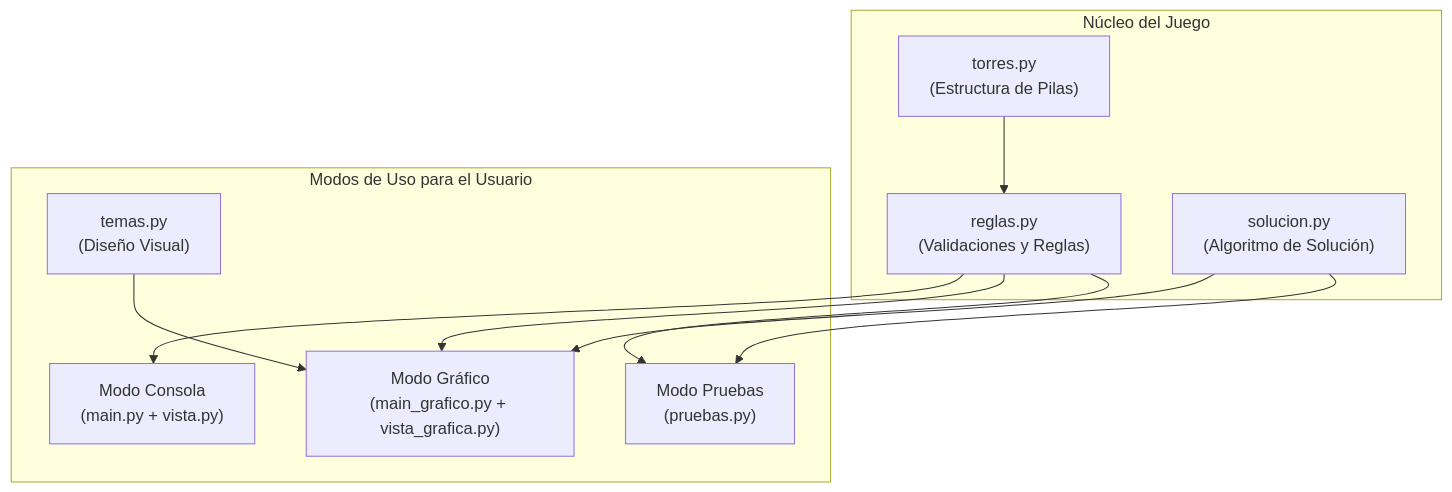
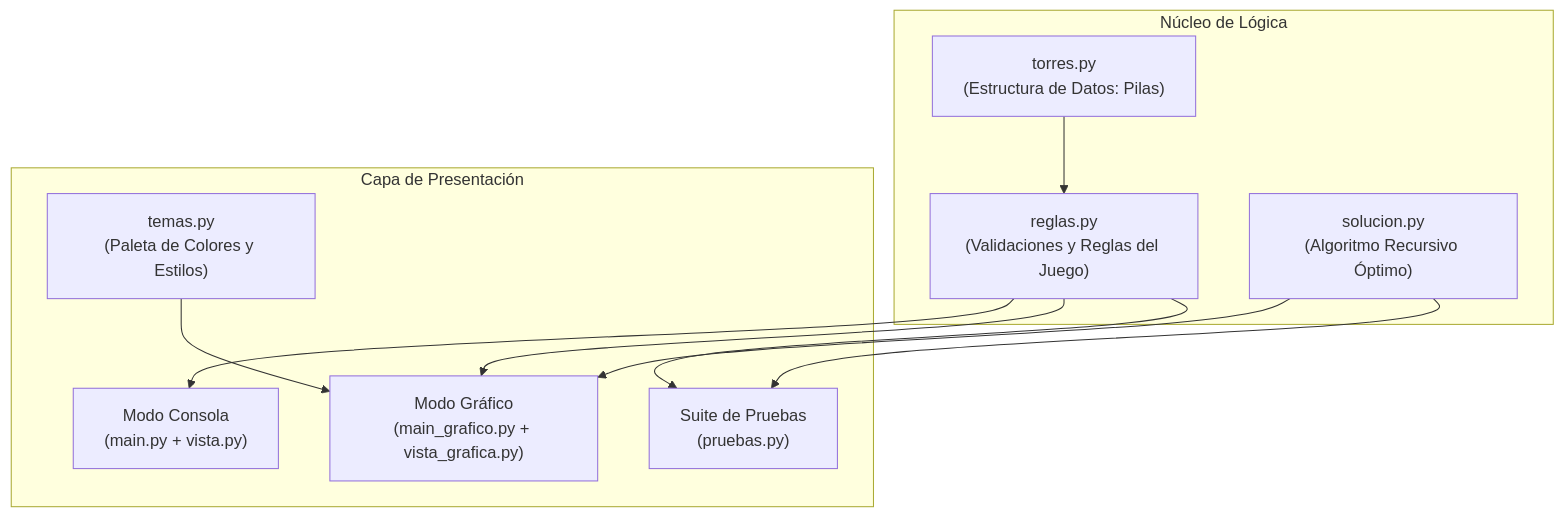
One commit to Oscxr29/ESD-Torre-Hanoi changed the diagram in README.md. Above: the diagram before and after it, drawn with Mermaid. The commit also changed other lines of this file and 9 other files, not shown here.

````diff
--- a/README.md
+++ b/README.md
@@ -80,16 +99,16 @@
 ```mermaid
 graph TD
-    subgraph Núcleo del Juego
-        T["torres.py<br/>(Estructura de Pilas)"] --> R["reglas.py<br/>(Validaciones y Reglas)"]
-        S["solucion.py<br/>(Algoritmo de Solución)"]
+    subgraph Núcleo de Lógica
+        T["torres.py<br/>(Estructura de Datos: Pilas)"] --> R["reglas.py<br/>(Validaciones y Reglas del Juego)"]
+        S["solucion.py<br/>(Algoritmo Recursivo Óptimo)"]
     end
 
-    subgraph Modos de Uso para el Usuario
+    subgraph Capa de Presentación
         R --> Consola["Modo Consola<br/>(main.py + vista.py)"]
         R --> Grafico["Modo Gráfico<br/>(main_grafico.py + vista_grafica.py)"]
         S --> Grafico
-        TM["temas.py<br/>(Diseño Visual)"] --> Grafico
-        R --> Tests["Modo Pruebas<br/>(pruebas.py)"]
+        TM["temas.py<br/>(Paleta de Colores y Estilos)"] --> Grafico
+        R --> Tests["Suite de Pruebas<br/>(pruebas.py)"]
         S --> Tests
     end
 ```
````
